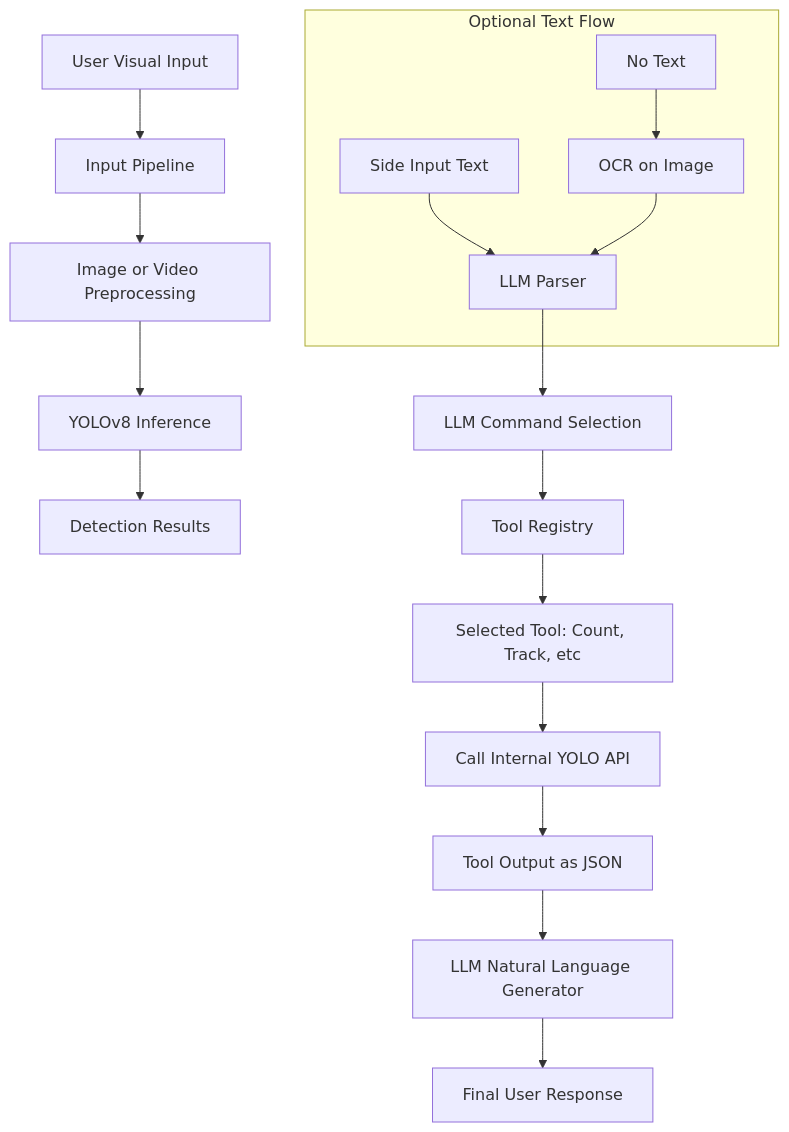
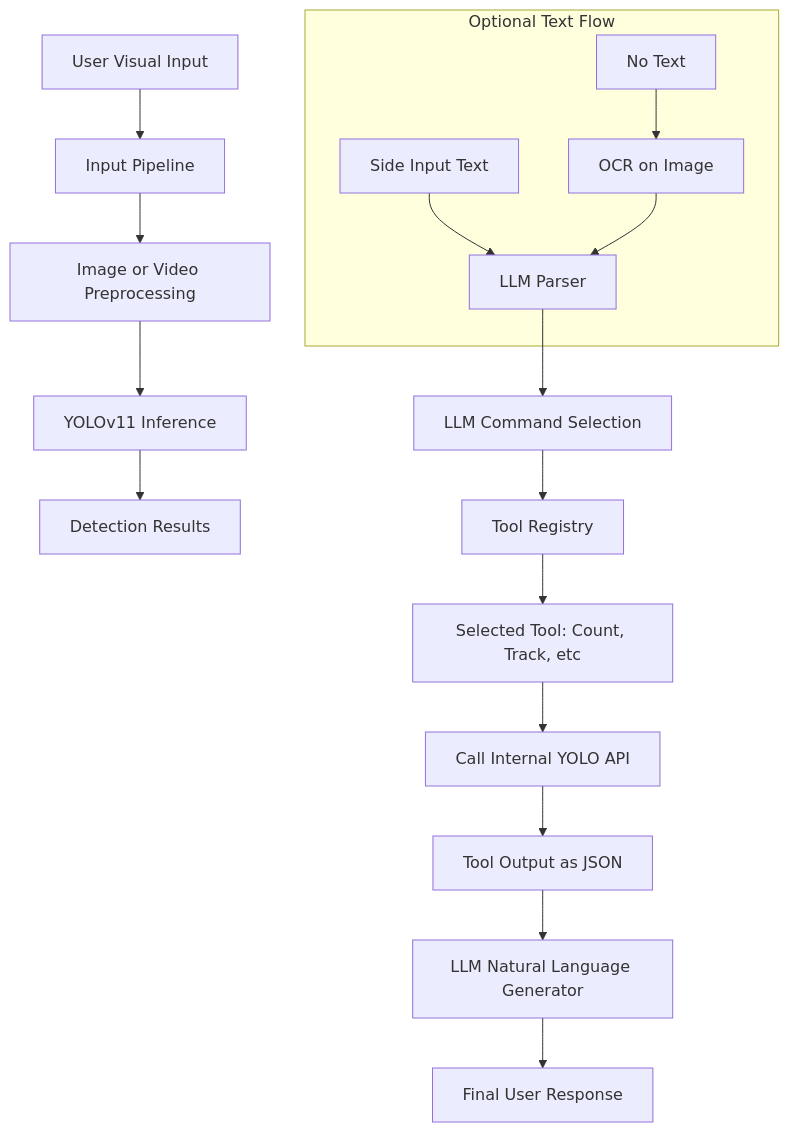
The second of 3 diagrams in README.md (chen-gloria/aisight), drawn with Mermaid before and after one commit.

````diff
--- a/README.md
+++ b/README.md
@@ -24,24 +24,24 @@
 ```mermaid
 flowchart TD
   A[User Visual Input] --> B[Input Pipeline]
   B --> C[Image or Video Preprocessing]
-  C --> D[YOLOv8 Inference]
+  C --> D[YOLOv11 Inference]
 
   subgraph Optional Text Flow
     E[Side Input Text] --> F[LLM Parser]
     G[No Text] --> H[OCR on Image]
     H --> F
   end
 
   D --> I[Detection Results]
   F --> J[LLM Command Selection]
 
   J --> K[Tool Registry]
   K --> L[Selected Tool: Count, Track, etc]
   L --> M[Call Internal YOLO API]
   M --> N[Tool Output as JSON]
 
   N --> O[LLM Natural Language Generator]
   O --> P[Final User Response]
 
 ```
````
